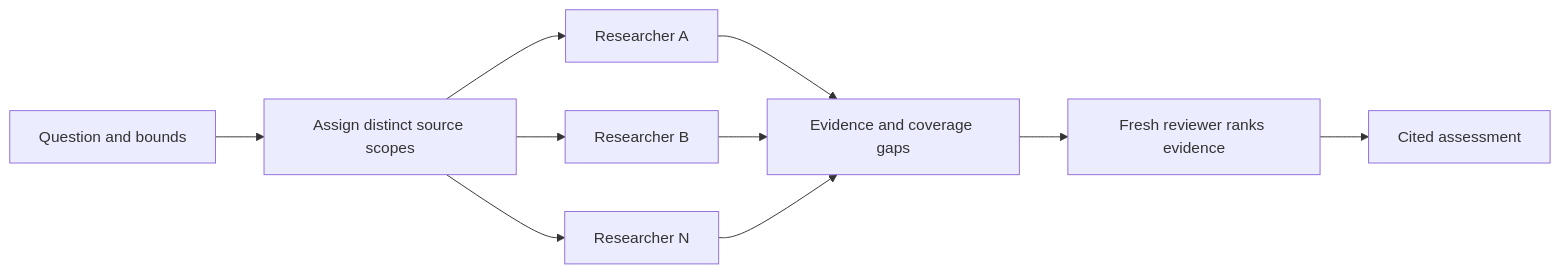
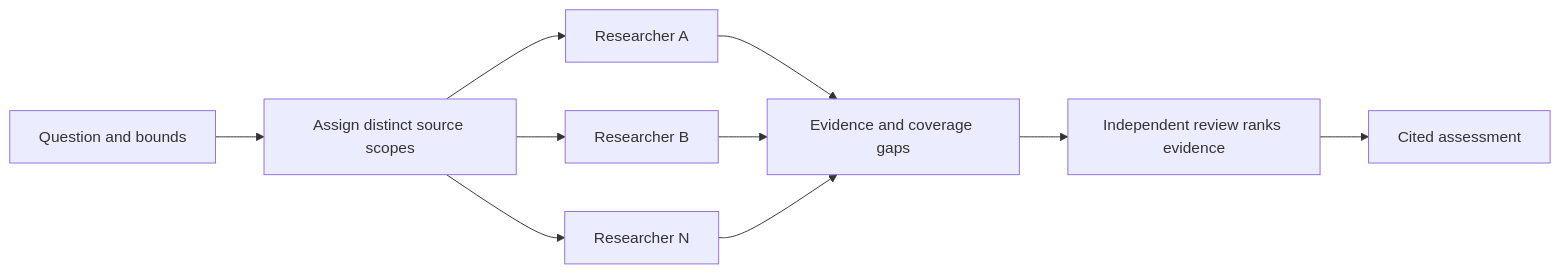
Before and after one commit to DanMcInerney/orchflows: the diagram in example-workflows/social-search/README.md, drawn with Mermaid. The commit also changed other lines of this file and 137 other files, not shown here.

````diff
--- a/example-workflows/social-search/README.md
+++ b/example-workflows/social-search/README.md
@@ -33,12 +33,12 @@
 ```mermaid
 flowchart LR
     Q[Question and bounds] --> A[Assign distinct source scopes]
     A --> R1[Researcher A]
     A --> R2[Researcher B]
     A --> RN[Researcher N]
     R1 --> E[Evidence and coverage gaps]
     R2 --> E
     RN --> E
-    E --> J[Fresh reviewer ranks evidence]
+    E --> J[Independent review ranks evidence]
     J --> O[Cited assessment]
 ```
````
